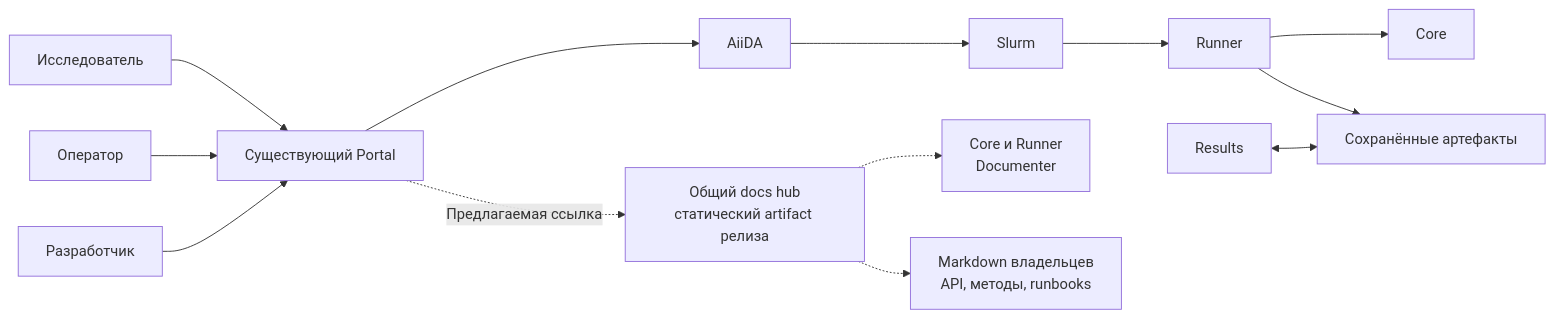
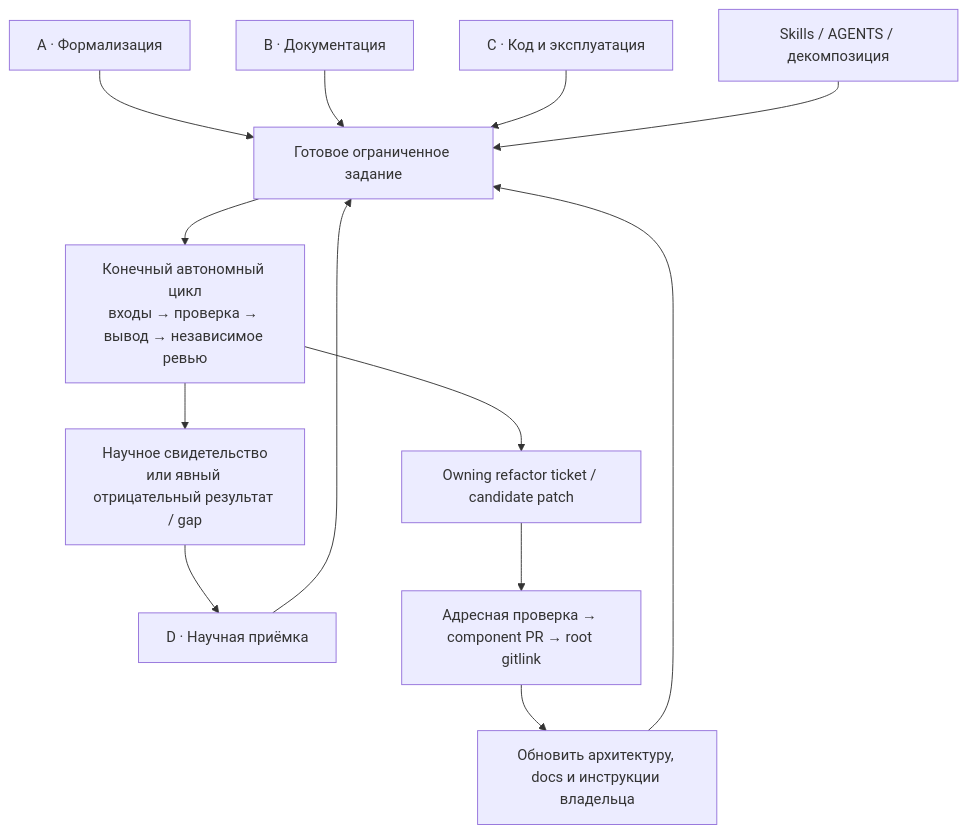
Before and after one commit to Afonenko-QCL-NEGF/qcl-negf: the diagram in docs/system/comprehensive-review.md, drawn with Mermaid. The commit also changed other lines of this file and 5 other files, not shown here.

````diff
--- a/docs/system/comprehensive-review.md
+++ b/docs/system/comprehensive-review.md
@@ -36,15 +72,15 @@
-~~~mermaid
-flowchart LR
-  R[Исследователь] --> P[Существующий Portal]
-  O[Оператор] --> P
-  D[Разработчик] --> P
-  P --> A[AiiDA]
-  A --> S[Slurm]
-  S --> J[Runner]
-  J --> C[Core]
-  J --> F[Сохранённые артефакты]
-  X[Results] <--> F
-  P -. Предлагаемая ссылка .-> H[Общий docs hub<br/>статический artifact релиза]
-  H -.-> N[Core и Runner<br/>Documenter]
-  H -.-> M[Markdown владельцев<br/>API, методы, runbooks]
-~~~
+```mermaid
+flowchart TD
+  A[A · Формализация] --> T[Готовое ограниченное задание]
+  B[B · Документация] --> T
+  C[C · Код и эксплуатация] --> T
+  D[D · Научная приёмка] --> T
+  X[Skills / AGENTS / декомпозиция] --> T
+  T --> Y[Конечный автономный цикл<br/>входы → проверка → вывод → независимое ревью]
+  Y --> R[Owning refactor ticket / candidate patch]
+  R --> V[Адресная проверка → component PR → root gitlink]
+  Y --> S[Научное свидетельство<br/>или явный отрицательный результат / gap]
+  V --> U[Обновить архитектуру, docs и инструкции владельца]
+  S --> D
+  U --> T
+```
````
